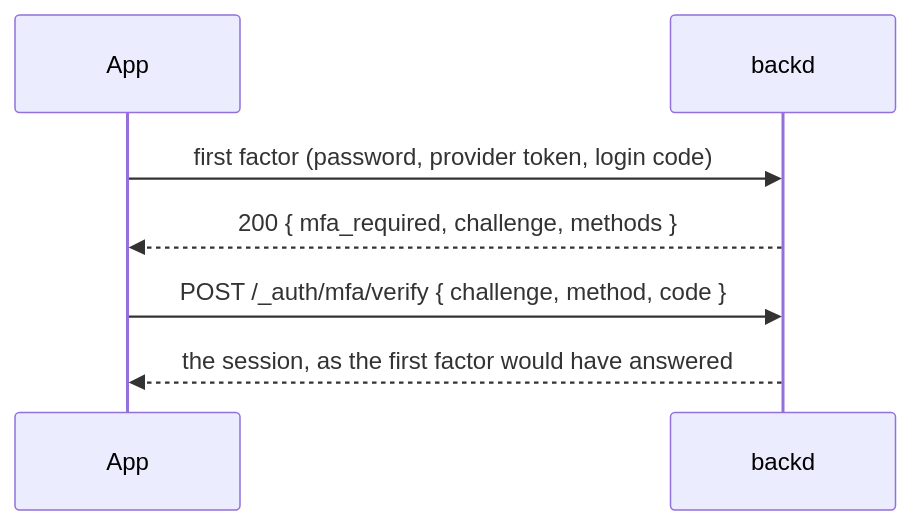
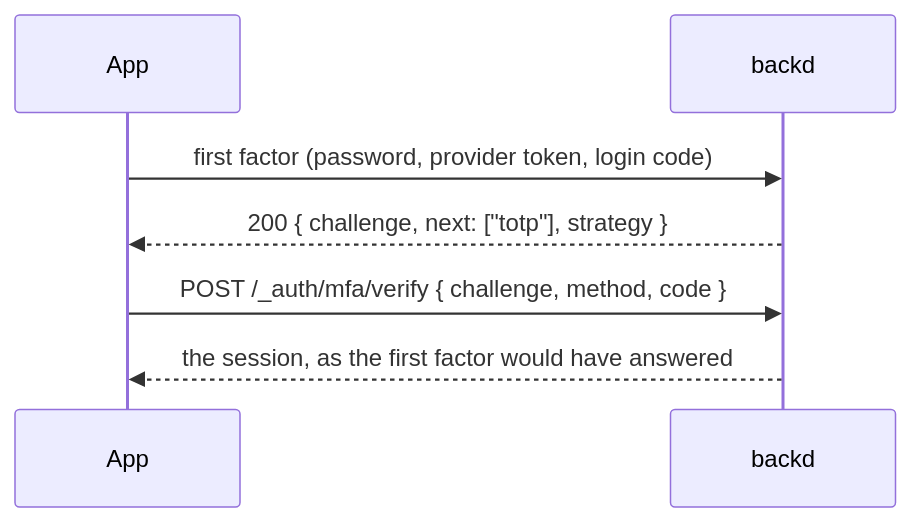
Before and after one commit to fernandezvara/backd: the diagram in docs/content/docs/build/auth/mfa.md, drawn with Mermaid. The commit also changed other lines of this file and 47 other files, not shown here.

````diff
--- a/docs/content/docs/build/auth/mfa.md
+++ b/docs/content/docs/build/auth/mfa.md
@@ -97,9 +99,9 @@
 ```mermaid
 sequenceDiagram
     participant App
     participant B as backd
     App->>B: first factor (password, provider token, login code)
-    B-->>App: 200 { mfa_required, challenge, methods }
+    B-->>App: 200 { challenge, next: ["totp"], strategy }
     App->>B: POST /_auth/mfa/verify { challenge, method, code }
     B-->>App: the session, as the first factor would have answered
 ```
````
